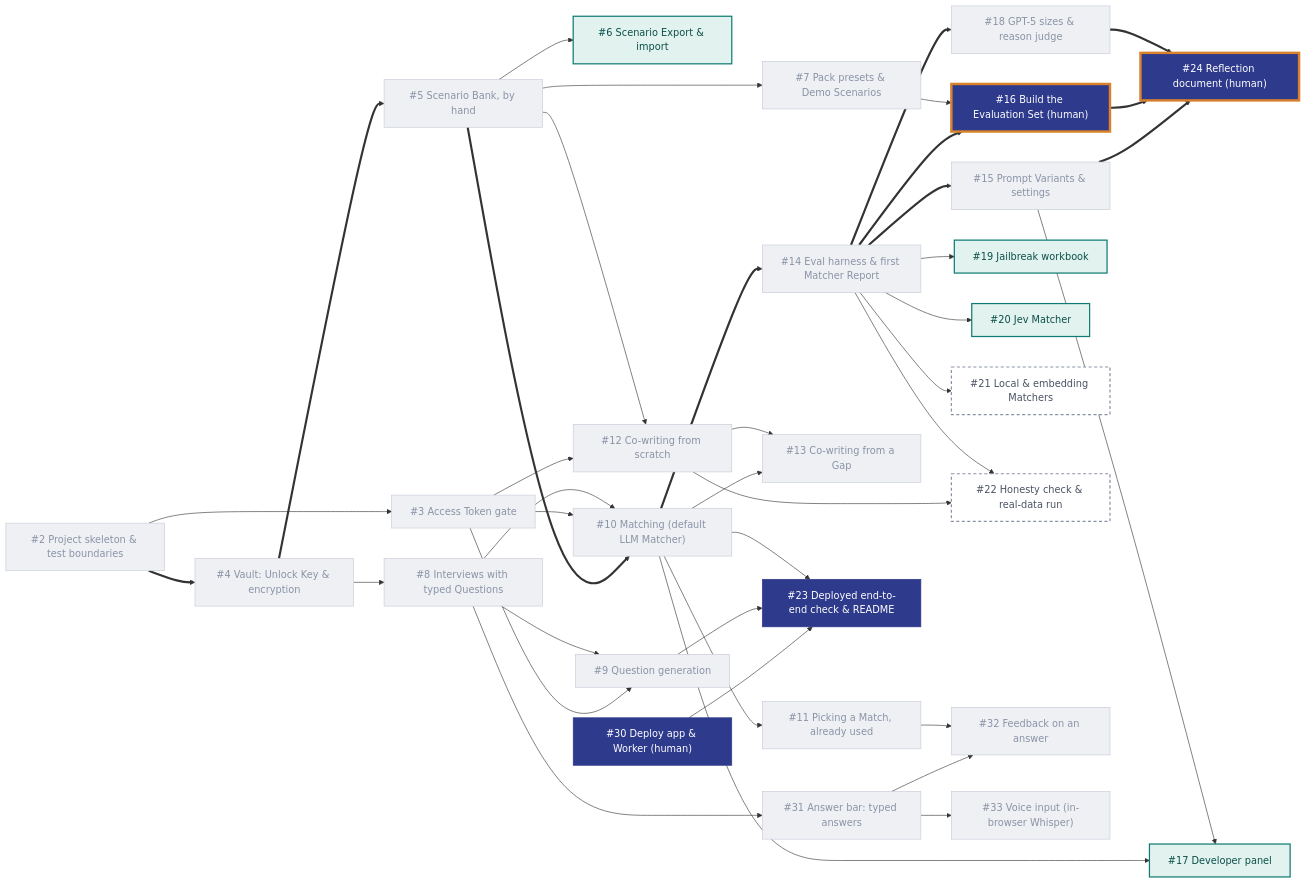
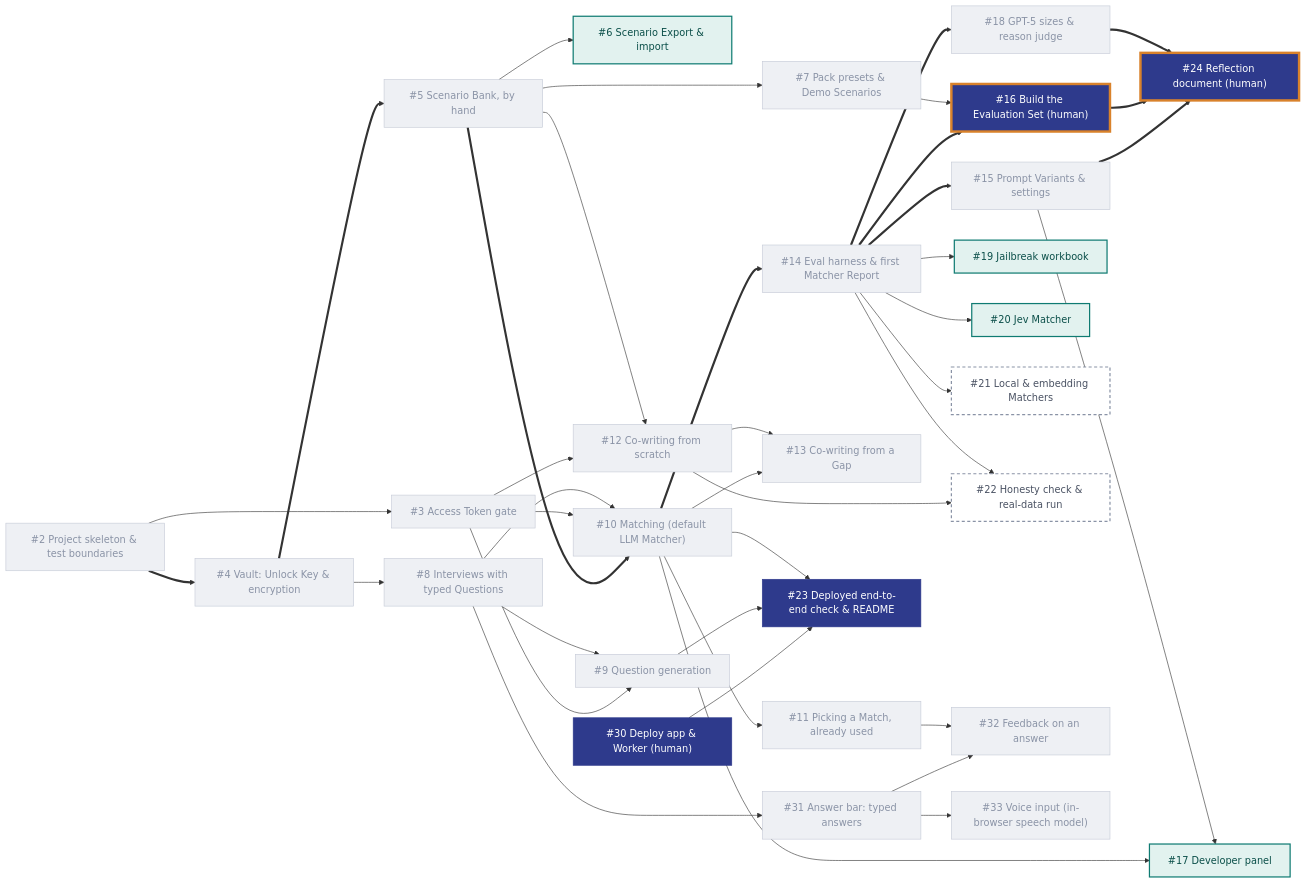
One commit to DerykHopley/interview-helper changed the diagram in README.md. Above: the diagram before and after it, drawn with Mermaid. The commit also changed 11 other files, not shown here.

First line of the commit message:
Review fixes for voice input (#33)

````diff
--- a/README.md
+++ b/README.md
@@ -13,63 +13,63 @@
 ```mermaid
 flowchart LR
   T2["#2 Project skeleton & test boundaries"]
   T3["#3 Access Token gate"]
   T4["#4 Vault: Unlock Key & encryption"]
   T5["#5 Scenario Bank, by hand"]
   T6["#6 Scenario Export & import"]
   T7["#7 Pack presets & Demo Scenarios"]
   T8["#8 Interviews with typed Questions"]
   T9["#9 Question generation"]
   T10["#10 Matching (default LLM Matcher)"]
   T11["#11 Picking a Match, already used"]
   T12["#12 Co-writing from scratch"]
   T13["#13 Co-writing from a Gap"]
   T14["#14 Eval harness & first Matcher Report"]
   T15["#15 Prompt Variants & settings"]
   T16["#16 Build the Evaluation Set (human)"]
   T17["#17 Developer panel"]
   T18["#18 GPT-5 sizes & reason judge"]
   T19["#19 Jailbreak workbook"]
   T20["#20 Jev Matcher"]
   T21["#21 Local & embedding Matchers"]
   T22["#22 Honesty check & real-data run"]
   T23["#23 Deployed end-to-end check & README"]
   T24["#24 Reflection document (human)"]
   T30["#30 Deploy app & Worker (human)"]
   T31["#31 Answer bar: typed answers"]
   T32["#32 Feedback on an answer"]
-  T33["#33 Voice input (in-browser Whisper)"]
+  T33["#33 Voice input (in-browser speech model)"]
 
   %% critical path (thick arrows)
   T2 ==> T4 ==> T5 ==> T10 ==> T14
   T14 ==> T15 ==> T24
   T14 ==> T16 ==> T24
   T14 ==> T18 ==> T24
 
   %% other dependencies
   T2 --> T3
   T3 --> T9 & T10 & T12
   T4 --> T8
   T5 --> T6 & T7 & T12
   T8 --> T9 & T10 & T31
   T10 --> T11 & T13 & T17
   T12 --> T13 & T22
   T7 --> T16
   T14 --> T19 & T20 & T21 & T22
   T15 --> T17
   T31 --> T32 & T33
   T11 --> T32
   T30 & T9 & T10 --> T23
 
   classDef done fill:#EEF0F4,color:#8A93A6,stroke:#C5CAD6,stroke-width:1px
   classDef must fill:#2E3A8C,color:#fff,stroke:#2E3A8C
   classDef mustcrit fill:#2E3A8C,color:#fff,stroke:#D9822B,stroke-width:4px
   classDef should fill:#E2F2EF,color:#0B4F49,stroke:#0F7B72,stroke-width:2px
   classDef could fill:#fff,color:#4A5263,stroke:#8A93A6,stroke-width:2px,stroke-dasharray:5 4
 
   class T2,T3,T4,T5,T7,T8,T9,T10,T11,T12,T13,T14,T15,T18,T31,T32,T33 done
   class T16,T24 mustcrit
   class T23,T30 must
   class T6,T17,T19,T20 should
   class T21,T22 could
 ```
````
